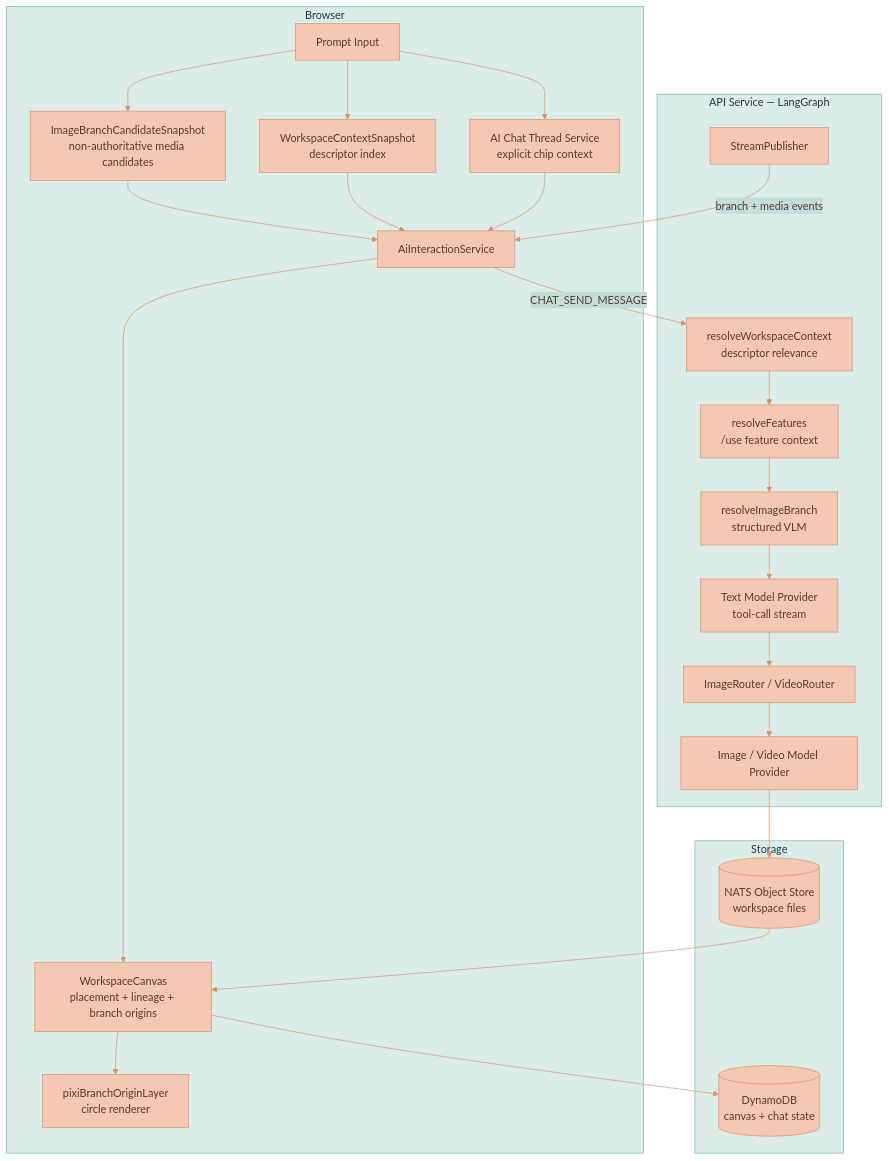
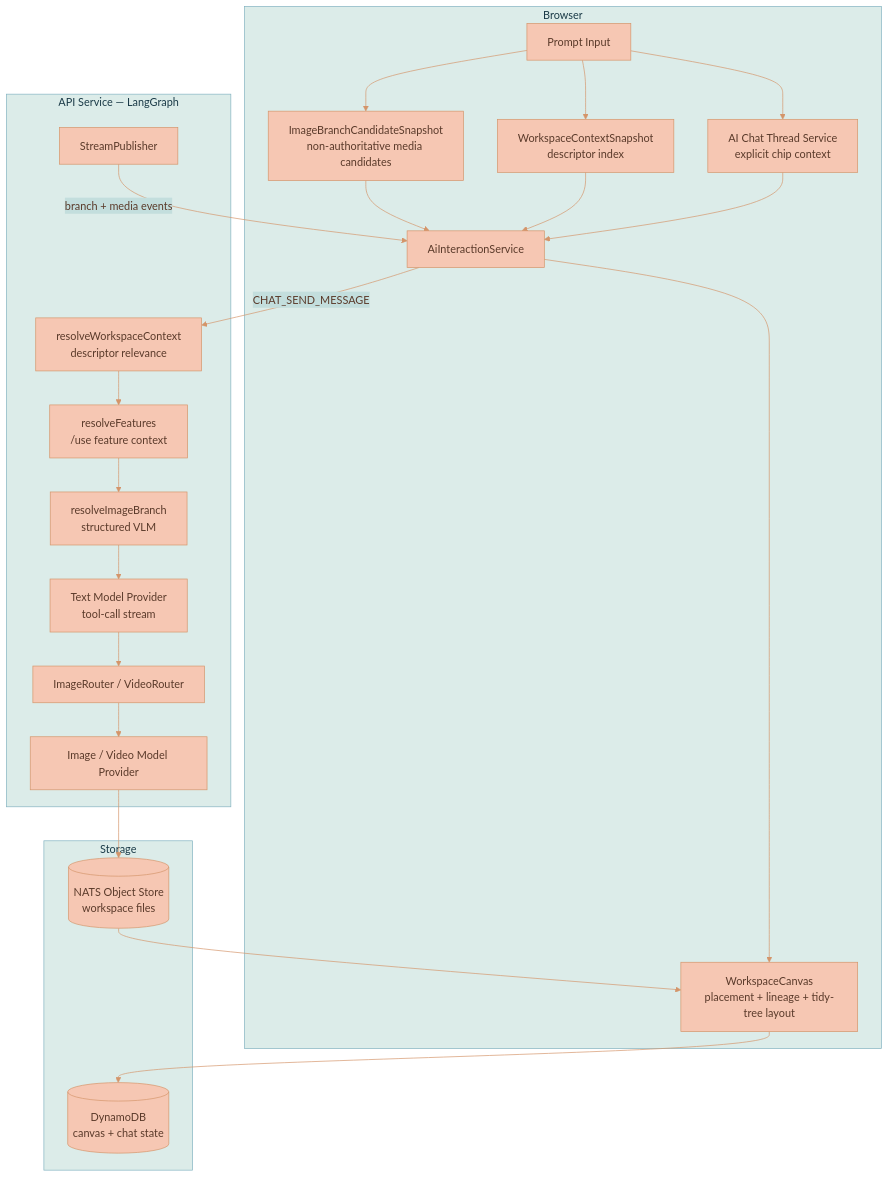
One commit to Lixpi/lixpi changed the first of 3 diagrams in documentation/media-generation/BRANCH-LINEAGE.md. Above: the diagram before and after it, drawn with Mermaid. The commit also changed other lines of this file and 4 other files, not shown here.

Commit message:
LIX-222 # Update tests + docs for branch-tree layout and branch-origin removal

````diff
--- a/documentation/media-generation/BRANCH-LINEAGE.md
+++ b/documentation/media-generation/BRANCH-LINEAGE.md
@@ -75,47 +75,45 @@
 ```mermaid
 %%{init: {'theme': 'base', 'themeVariables': { 'primaryColor': '#F6C7B3', 'primaryTextColor': '#5a3a2a', 'primaryBorderColor': '#d4956a', 'secondaryColor': '#C3DEDD', 'secondaryTextColor': '#1a3a47', 'secondaryBorderColor': '#4a8a9d', 'tertiaryColor': '#DCECE9', 'tertiaryTextColor': '#1a3a47', 'tertiaryBorderColor': '#82B2C0', 'lineColor': '#d4956a', 'textColor': '#5a3a2a'}}}%%
 flowchart TB
     subgraph Browser["Browser"]
         Prompt[Prompt Input]
         Snapshot[ImageBranchCandidateSnapshot<br/>non-authoritative media candidates]
         WContext[WorkspaceContextSnapshot<br/>descriptor index]
         Context[AI Chat Thread Service<br/>explicit chip context]
         AIS[AiInteractionService]
-        Canvas[WorkspaceCanvas<br/>placement + lineage + branch origins]
-        BranchLayer[pixiBranchOriginLayer<br/>circle renderer]
+        Canvas[WorkspaceCanvas<br/>placement + lineage + tidy-tree layout]
     end
 
     subgraph API["API Service — LangGraph"]
         Relevance[resolveWorkspaceContext<br/>descriptor relevance]
         Features[resolveFeatures<br/>/use feature context]
         Resolver[resolveImageBranch<br/>structured VLM]
         Provider[Text Model Provider<br/>tool-call stream]
         Router[ImageRouter / VideoRouter]
         MediaModel[Image / Video Model Provider]
         Publisher[StreamPublisher]
     end
 
     subgraph Storage["Storage"]
         DDB[(DynamoDB<br/>canvas + chat state)]
         Obj[(NATS Object Store<br/>workspace files)]
     end
 
     Prompt --> Snapshot
     Prompt --> WContext
     Prompt --> Context
     Snapshot --> AIS
     WContext --> AIS
     Context --> AIS
     AIS -->|CHAT_SEND_MESSAGE| Relevance
     Relevance --> Features
     Features --> Resolver
     Resolver --> Provider
     Provider --> Router
     Router --> MediaModel
     MediaModel --> Obj
     Publisher -->|branch + media events| AIS
     AIS --> Canvas
-    Canvas --> BranchLayer
     Canvas --> DDB
     Obj --> Canvas
 ```
````
